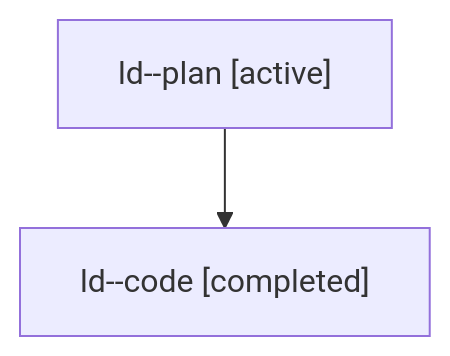
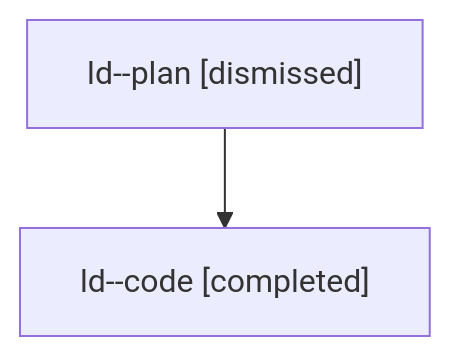
Before and after one commit to sase-org/sase--agents: the diagram in sessions/bbugyi200.athena.ld.md, drawn with Mermaid. The commit also changed other lines of this file and 35 other files, not shown here.

````diff
--- a/sessions/bbugyi200.athena.ld.md
+++ b/sessions/bbugyi200.athena.ld.md
@@ -9,6 +9,6 @@
 ```mermaid
 flowchart TD
-  n0["ld--plan [active]"]
+  n0["ld--plan [dismissed]"]
   n1["ld--code [completed]"]
   n0 --> n1
 ```
````
